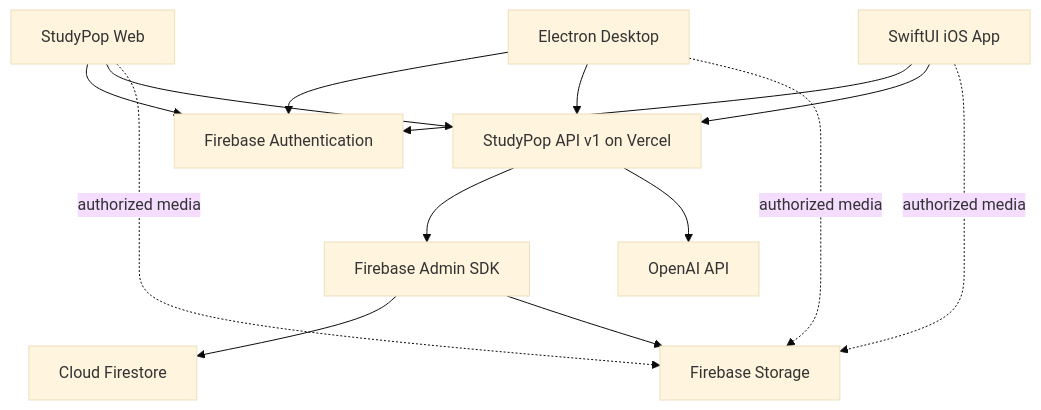
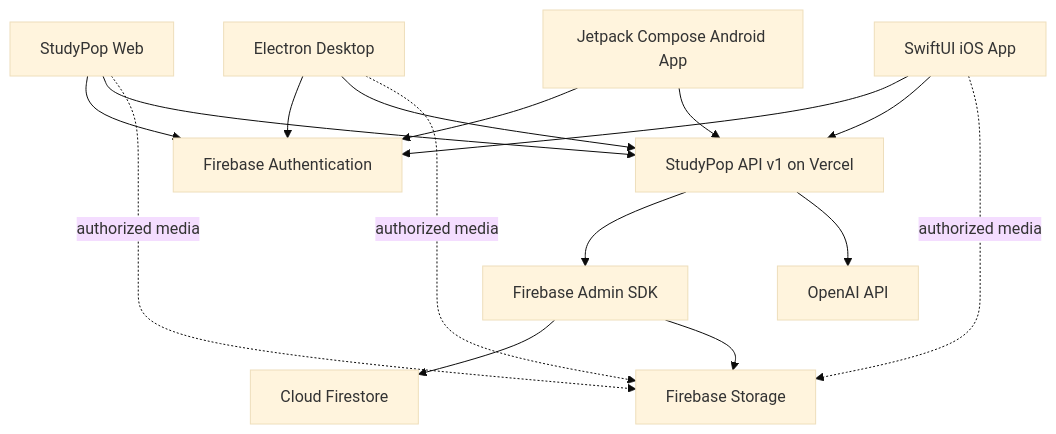
The diagram in CROSS_PLATFORM_APP_PLAN.md (ZHR0010/StudyPop), drawn with Mermaid (base theme) before and after one commit. The commit also changed other lines of this file and 40 other files, not shown here.

Commit message:
Add native Android app

````diff
--- a/CROSS_PLATFORM_APP_PLAN.md
+++ b/CROSS_PLATFORM_APP_PLAN.md
@@ -64,19 +65,21 @@
 ```mermaid
 flowchart TD
     Web["StudyPop Web"] --> Auth["Firebase Authentication"]
     Desktop["Electron Desktop"] --> Auth
     IOS["SwiftUI iOS App"] --> Auth
+    Android["Jetpack Compose Android App"] --> Auth
 
     Web --> API["StudyPop API v1 on Vercel"]
     Desktop --> API
     IOS --> API
+    Android --> API
 
     API --> Admin["Firebase Admin SDK"]
     Admin --> DB["Cloud Firestore"]
     Admin --> Storage["Firebase Storage"]
     API --> OpenAI["OpenAI API"]
 
     Web -. authorized media .-> Storage
     Desktop -. authorized media .-> Storage
     IOS -. authorized media .-> Storage
 ```
````
